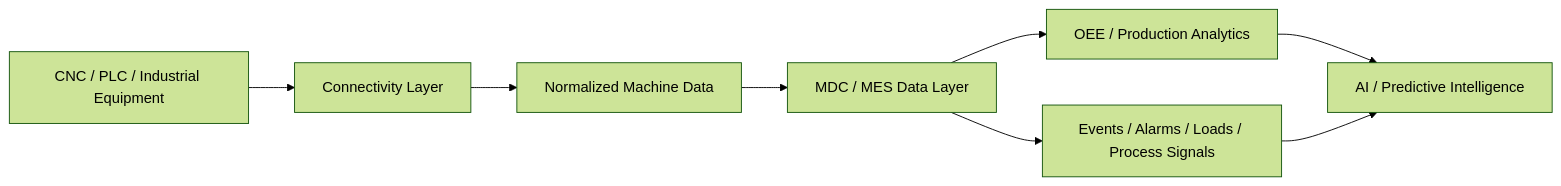
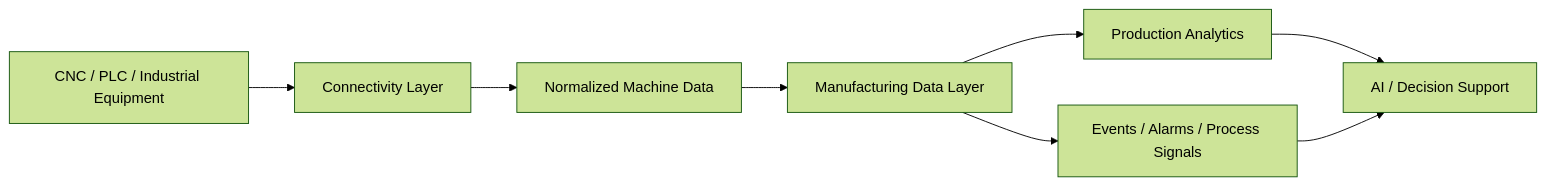
One commit to Viktor-Matskevich/Viktor-Matskevich changed the fourth of 4 diagrams in SYSTEMS.md. Above: the diagram before and after it, drawn with Mermaid (forest theme). The commit also changed other lines of this file, not shown here.

````diff
--- a/SYSTEMS.md
+++ b/SYSTEMS.md
@@ -240,10 +128,10 @@
 ```mermaid
 flowchart LR
     M[CNC / PLC / Industrial Equipment] --> C[Connectivity Layer]
     C --> N[Normalized Machine Data]
-    N --> D[MDC / MES Data Layer]
-    D --> O[OEE / Production Analytics]
-    D --> P[Events / Alarms / Loads / Process Signals]
-    O --> AI[AI / Predictive Intelligence]
+    N --> D[Manufacturing Data Layer]
+    D --> O[Production Analytics]
+    D --> P[Events / Alarms / Process Signals]
+    O --> AI[AI / Decision Support]
     P --> AI
 ```
````
